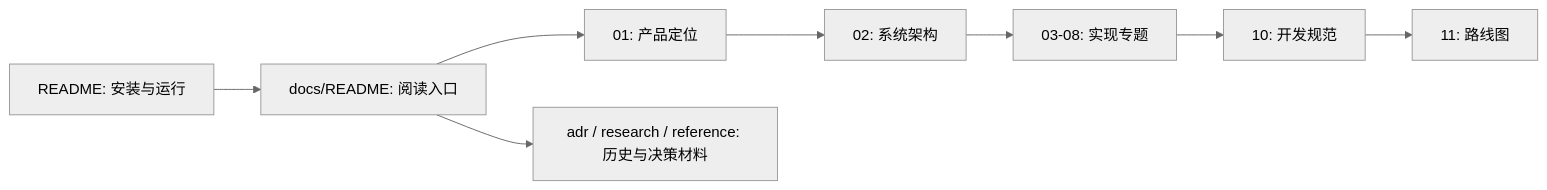
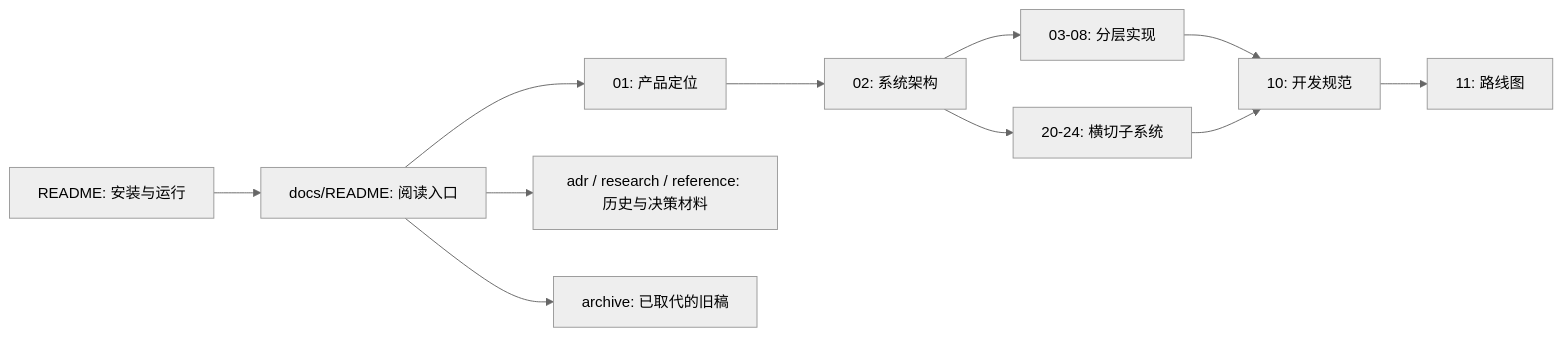
Before and after one commit to zyt2000123/openSmith: the diagram in docs/00-文档阅读指南与表达规范.md, drawn with Mermaid (neutral theme). The commit also changed other lines of this file and 18 other files, not shown here.

````diff
--- a/docs/00-文档阅读指南与表达规范.md
+++ b/docs/00-文档阅读指南与表达规范.md
@@ -15,10 +15,13 @@
 ```mermaid
 graph LR
-    R[README: 安装与运行] --> D[docs/README: 阅读入口]
-    D --> P[01: 产品定位]
-    P --> A[02: 系统架构]
-    A --> I[03-08: 实现专题]
-    I --> W[10: 开发规范]
-    W --> M[11: 路线图]
-    D --> H[adr / research / reference: 历史与决策材料]
+    R["README: 安装与运行"] --> D["docs/README: 阅读入口"]
+    D --> P["01: 产品定位"]
+    P --> A["02: 系统架构"]
+    A --> I["03-08: 分层实现"]
+    A --> S["20-24: 横切子系统"]
+    I --> W["10: 开发规范"]
+    S --> W
+    W --> M["11: 路线图"]
+    D --> H["adr / research / reference: 历史与决策材料"]
+    D --> Z["archive: 已取代的旧稿"]
 ```
````
